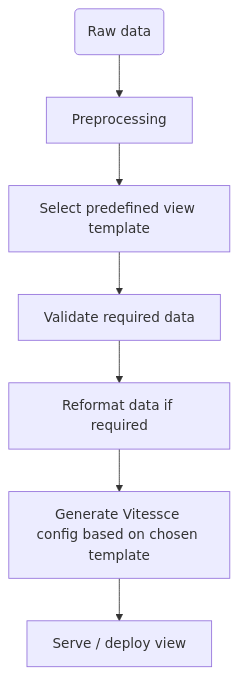
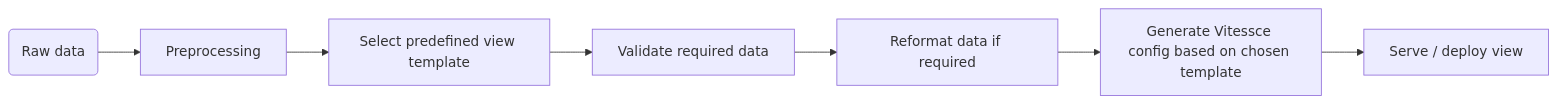
One commit to sdsc-ordes/cellxpatient changed the diagram in vitessce_test/README.md. Above: the diagram before and after it, drawn with Mermaid. The commit also changed other lines of this file and 3 other files, not shown here.

````diff
--- a/vitessce_test/README.md
+++ b/vitessce_test/README.md
@@ -14,9 +14,9 @@
 ```mermaid
-flowchart TD
+flowchart LR
     A(Raw data)--> B[Preprocessing]
     B --> C[Select predefined view template]
     C --> D[Validate required data]
     D --> E[Reformat data if required]
     E --> F[Generate Vitessce config based on chosen template]
     F --> G[Serve / deploy view]
 ```
````
